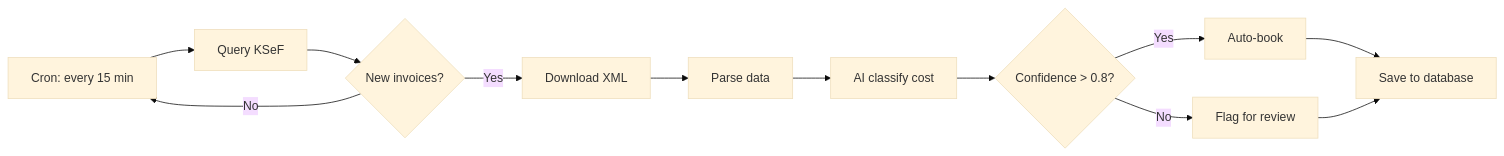
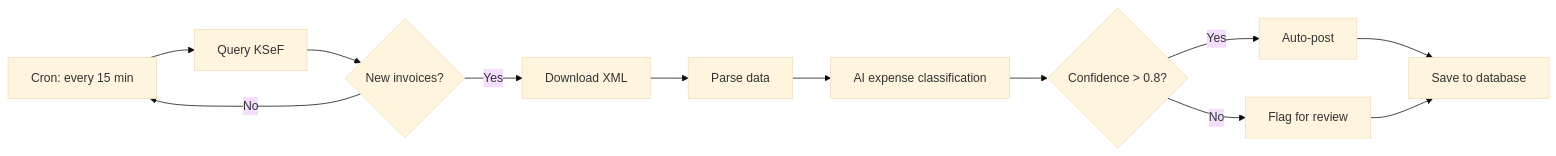
Before and after one commit to alexwoo-awso/skills: the second of 3 diagrams in ksef-accountant-en/references/ksef-accounting-workflows.md, drawn with Mermaid (base theme). The commit also changed other lines of this file and 8 other files, not shown here.

````diff
--- a/ksef-accountant-en/references/ksef-accounting-workflows.md
+++ b/ksef-accountant-en/references/ksef-accounting-workflows.md
@@ -60,14 +60,14 @@
 ```mermaid
 graph LR
     A[Cron: every 15 min] --> B[Query KSeF]
     B --> C{New invoices?}
     C -->|Yes| D[Download XML]
     C -->|No| A
     D --> E[Parse data]
-    E --> F[AI classify cost]
+    E --> F[AI expense classification]
     F --> G{Confidence > 0.8?}
-    G -->|Yes| H[Auto-book]
+    G -->|Yes| H[Auto-post]
     G -->|No| I[Flag for review]
     H --> J[Save to database]
     I --> J
 ```
````
